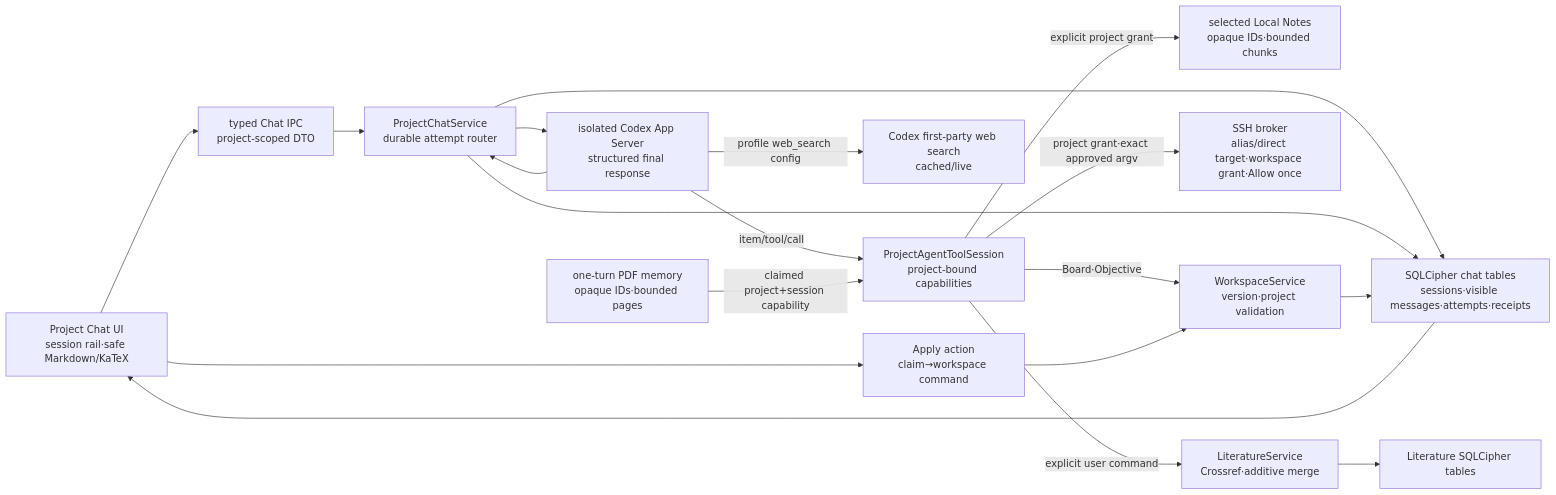
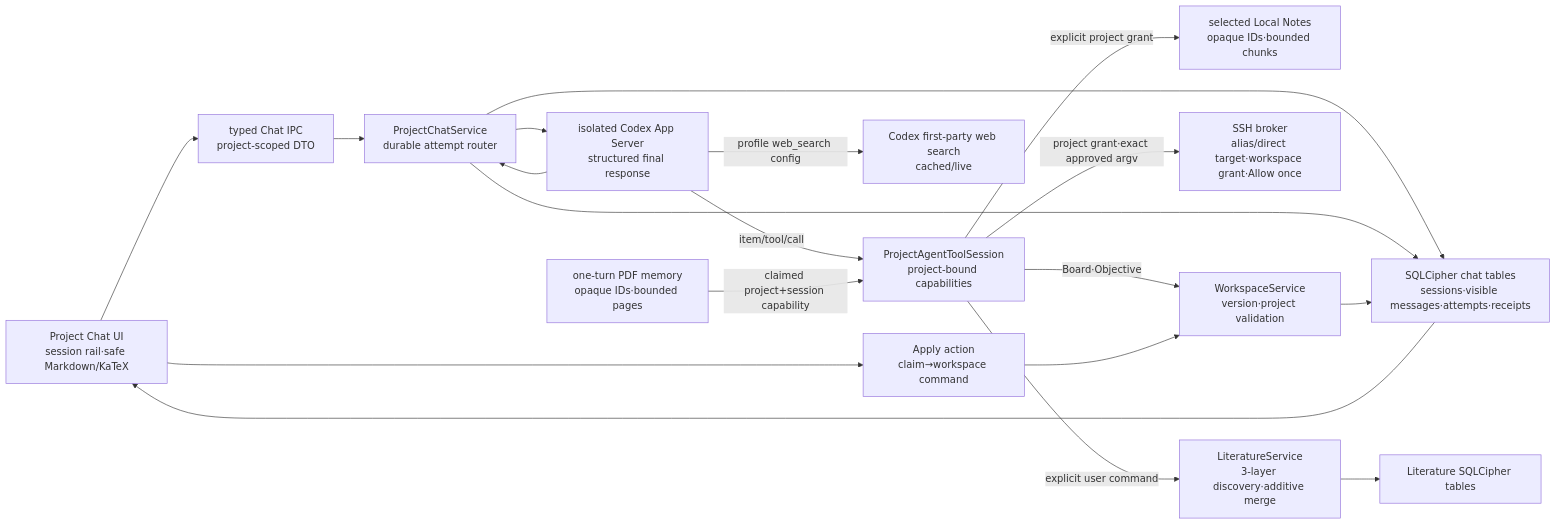
One commit to gli-minsuk-shin/GOSU changed the fifth of 6 diagrams in docs/ARCHITECTURE.md. Above: the diagram before and after it, drawn with Mermaid. The commit also changed other lines of this file and 51 other files, not shown here.

Commit message:
feat(desktop): deepen literature discovery and workspace UX (#47)

````diff
--- a/docs/ARCHITECTURE.md
+++ b/docs/ARCHITECTURE.md
@@ -821,31 +900,31 @@
 ```mermaid
 flowchart LR
   ChatUI["Project Chat UI\nsession rail·safe Markdown/KaTeX"]
   ChatIPC["typed Chat IPC\nproject-scoped DTO"]
   ChatService["ProjectChatService\ndurable attempt router"]
   ToolGateway["ProjectAgentToolSession\nproject-bound capabilities"]
   Codex["isolated Codex App Server\nstructured final response"]
   Vault["selected Local Notes\nopaque IDs·bounded chunks"]
   Pdf["one-turn PDF memory\nopaque IDs·bounded pages"]
-  Literature["LiteratureService\nCrossref·additive merge"]
+  Literature["LiteratureService\n3-layer discovery·additive merge"]
   LiteratureDB["Literature SQLCipher tables"]
   Web["Codex first-party web search\ncached/live"]
   SSH["SSH broker\nalias/direct target·workspace grant·Allow once"]
   ChatDB["SQLCipher chat tables\nsessions·visible messages·attempts·receipts"]
   Approval["Apply action\nclaim→workspace command"]
   Workspace["WorkspaceService\nversion·project validation"]
 
   ChatUI --> ChatIPC --> ChatService --> ChatDB
   ChatService --> Codex
   Codex -->|"item/tool/call"| ToolGateway
   ToolGateway -->|"Board·Objective"| Workspace
   ToolGateway -->|"explicit project grant"| Vault
   Pdf -->|"claimed project+session capability"| ToolGateway
   ToolGateway -->|"explicit user command"| Literature --> LiteratureDB
   ToolGateway -->|"project grant·exact approved argv"| SSH
   Codex -->|"profile web_search config"| Web
   Codex --> ChatService --> ChatDB
   ChatDB --> ChatUI
   ChatUI --> Approval --> Workspace
   Workspace --> ChatDB
 ```
````
